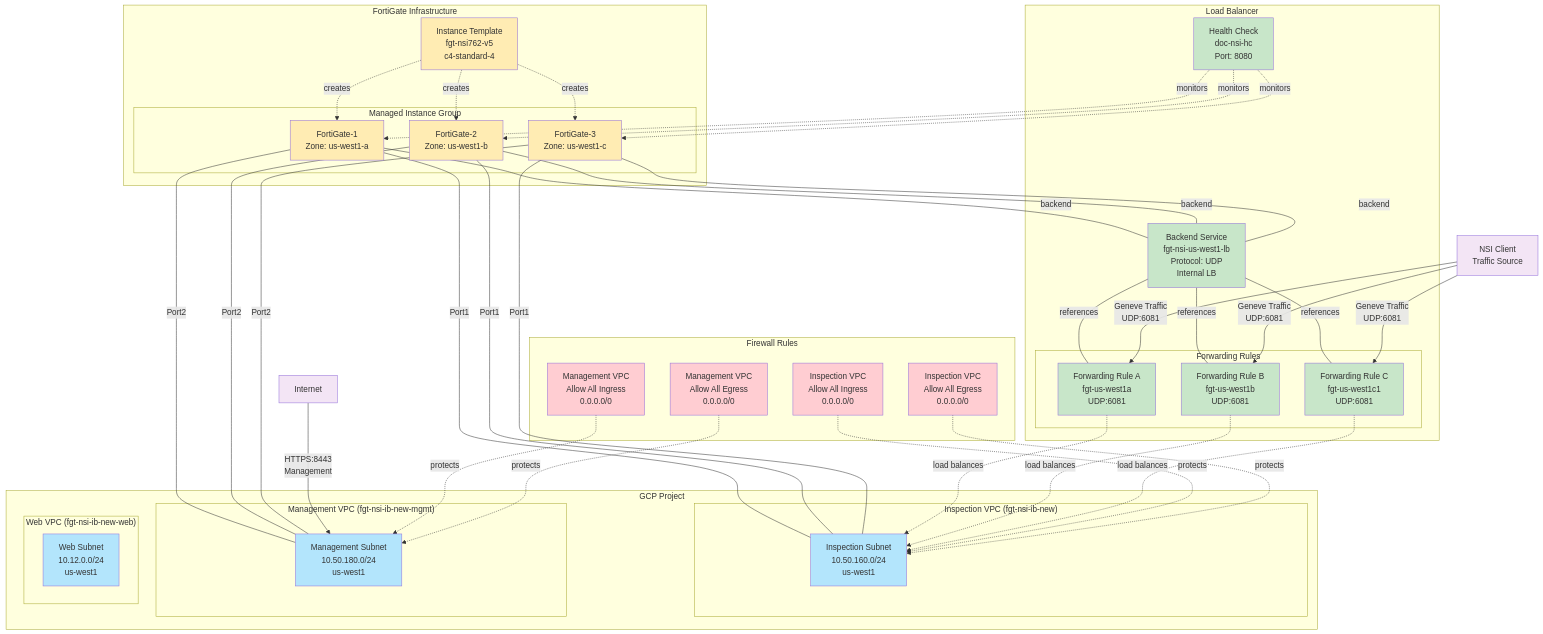
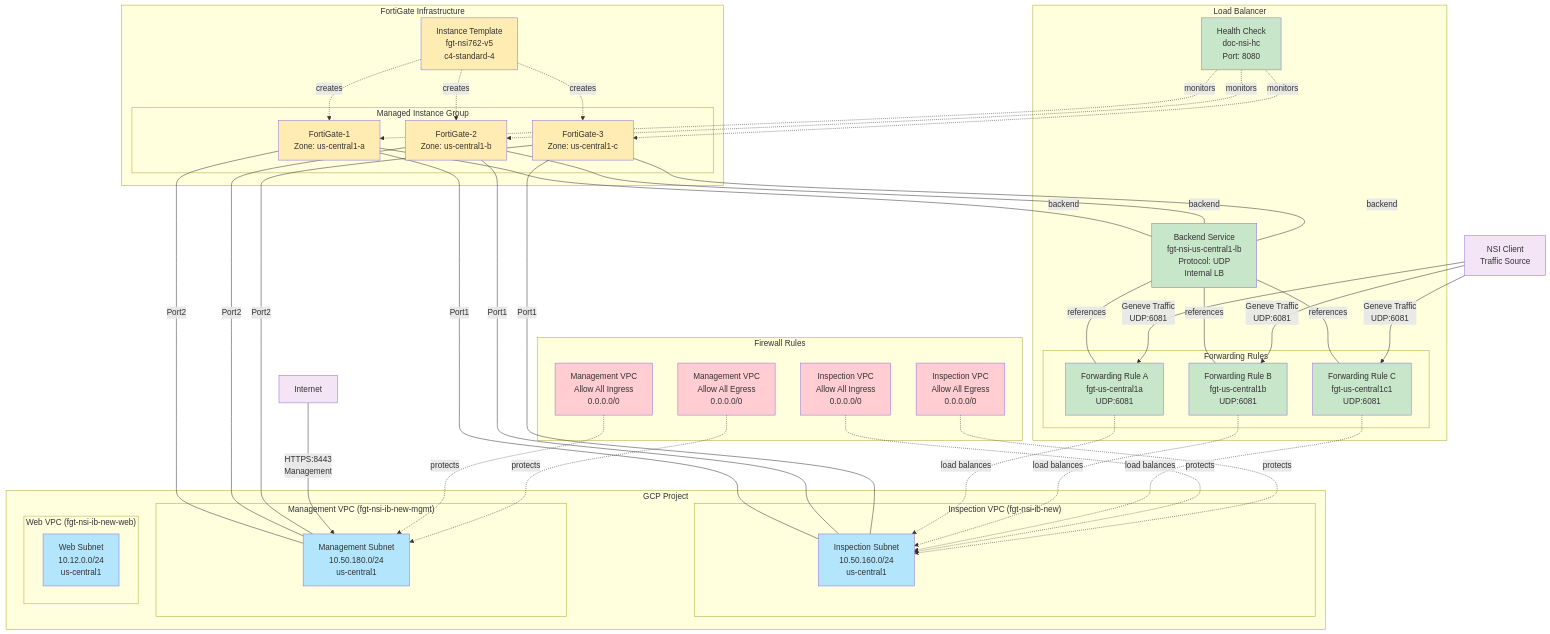
Before and after one commit to fortidg/gcp-nsi: the diagram in architecture-diagram.mmd, drawn with Mermaid. The commit also changed 13 other files, not shown here.

```diff
--- a/architecture-diagram.mmd
+++ b/architecture-diagram.mmd
@@ -1,109 +1,109 @@
 graph TB
     %% VPC Networks
     subgraph "GCP Project"
         subgraph "Inspection VPC (fgt-nsi-ib-new)"
-            INS_SUBNET["Inspection Subnet<br/>10.50.160.0/24<br/>us-west1"]
+            INS_SUBNET["Inspection Subnet<br/>10.50.160.0/24<br/>us-central1"]
         end
         
         subgraph "Management VPC (fgt-nsi-ib-new-mgmt)"
-            MGMT_SUBNET["Management Subnet<br/>10.50.180.0/24<br/>us-west1"]
+            MGMT_SUBNET["Management Subnet<br/>10.50.180.0/24<br/>us-central1"]
         end
         
         subgraph "Web VPC (fgt-nsi-ib-new-web)"
-            WEB_SUBNET["Web Subnet<br/>10.12.0.0/24<br/>us-west1"]
+            WEB_SUBNET["Web Subnet<br/>10.12.0.0/24<br/>us-central1"]
         end
     end
 
     %% FortiGate Infrastructure
     subgraph "FortiGate Infrastructure"
         TEMPLATE["Instance Template<br/>fgt-nsi762-v5<br/>c4-standard-4"]
         
         subgraph "Managed Instance Group"
-            FGT1["FortiGate-1<br/>Zone: us-west1-a"]
-            FGT2["FortiGate-2<br/>Zone: us-west1-b"]
-            FGT3["FortiGate-3<br/>Zone: us-west1-c"]
+            FGT1["FortiGate-1<br/>Zone: us-central1-a"]
+            FGT2["FortiGate-2<br/>Zone: us-central1-b"]
+            FGT3["FortiGate-3<br/>Zone: us-central1-c"]
         end
     end
 
     %% Load Balancer Components
     subgraph "Load Balancer"
         HEALTH_CHECK["Health Check<br/>doc-nsi-hc<br/>Port: 8080"]
-        BACKEND_SERVICE["Backend Service<br/>fgt-nsi-us-west1-lb<br/>Protocol: UDP<br/>Internal LB"]
+        BACKEND_SERVICE["Backend Service<br/>fgt-nsi-us-central1-lb<br/>Protocol: UDP<br/>Internal LB"]
         
         subgraph "Forwarding Rules"
-            FWD_A["Forwarding Rule A<br/>fgt-us-west1a<br/>UDP:6081"]
-            FWD_B["Forwarding Rule B<br/>fgt-us-west1b<br/>UDP:6081"]
-            FWD_C["Forwarding Rule C<br/>fgt-us-west1c1<br/>UDP:6081"]
+            FWD_A["Forwarding Rule A<br/>fgt-us-central1a<br/>UDP:6081"]
+            FWD_B["Forwarding Rule B<br/>fgt-us-central1b<br/>UDP:6081"]
+            FWD_C["Forwarding Rule C<br/>fgt-us-central1c1<br/>UDP:6081"]
         end
     end
 
     %% Firewall Rules
     subgraph "Firewall Rules"
         FW_INS_IN["Inspection VPC<br/>Allow All Ingress<br/>0.0.0.0/0"]
         FW_INS_EG["Inspection VPC<br/>Allow All Egress<br/>0.0.0.0/0"]
         FW_MGMT_IN["Management VPC<br/>Allow All Ingress<br/>0.0.0.0/0"]
         FW_MGMT_EG["Management VPC<br/>Allow All Egress<br/>0.0.0.0/0"]
     end
 
     %% External Components
     INTERNET["Internet"]
     NSI_CLIENT["NSI Client<br/>Traffic Source"]
 
     %% Connections
     %% Instance Template to MIG
     TEMPLATE -.->|creates| FGT1
     TEMPLATE -.->|creates| FGT2
     TEMPLATE -.->|creates| FGT3
 
     %% Network Interfaces
     FGT1 ---|Port1| INS_SUBNET
     FGT1 ---|Port2| MGMT_SUBNET
     FGT2 ---|Port1| INS_SUBNET
     FGT2 ---|Port2| MGMT_SUBNET
     FGT3 ---|Port1| INS_SUBNET
     FGT3 ---|Port2| MGMT_SUBNET
 
     %% Load Balancer Connections
     HEALTH_CHECK -.->|monitors| FGT1
     HEALTH_CHECK -.->|monitors| FGT2
     HEALTH_CHECK -.->|monitors| FGT3
 
     FGT1 ---|backend| BACKEND_SERVICE
     FGT2 ---|backend| BACKEND_SERVICE
     FGT3 ---|backend| BACKEND_SERVICE
 
     BACKEND_SERVICE ---|references| FWD_A
     BACKEND_SERVICE ---|references| FWD_B
     BACKEND_SERVICE ---|references| FWD_C
 
     %% Traffic Flow
     NSI_CLIENT -->|Geneve Traffic<br/>UDP:6081| FWD_A
     NSI_CLIENT -->|Geneve Traffic<br/>UDP:6081| FWD_B
     NSI_CLIENT -->|Geneve Traffic<br/>UDP:6081| FWD_C
 
     FWD_A -.->|load balances| INS_SUBNET
     FWD_B -.->|load balances| INS_SUBNET
     FWD_C -.->|load balances| INS_SUBNET
 
     %% Management Access
     INTERNET -->|HTTPS:8443<br/>Management| MGMT_SUBNET
 
     %% Firewall Protection
     FW_INS_IN -.->|protects| INS_SUBNET
     FW_INS_EG -.->|protects| INS_SUBNET
     FW_MGMT_IN -.->|protects| MGMT_SUBNET
     FW_MGMT_EG -.->|protects| MGMT_SUBNET
 
     %% Styling
     classDef vpc fill:#e1f5fe
     classDef subnet fill:#b3e5fc
     classDef fortigate fill:#ffecb3
     classDef loadbalancer fill:#c8e6c9
     classDef firewall fill:#ffcdd2
     classDef external fill:#f3e5f5
 
     class INS_SUBNET,MGMT_SUBNET,WEB_SUBNET subnet
     class FGT1,FGT2,FGT3,TEMPLATE fortigate
     class HEALTH_CHECK,BACKEND_SERVICE,FWD_A,FWD_B,FWD_C loadbalancer
     class FW_INS_IN,FW_INS_EG,FW_MGMT_IN,FW_MGMT_EG firewall
     class INTERNET,NSI_CLIENT external
```
